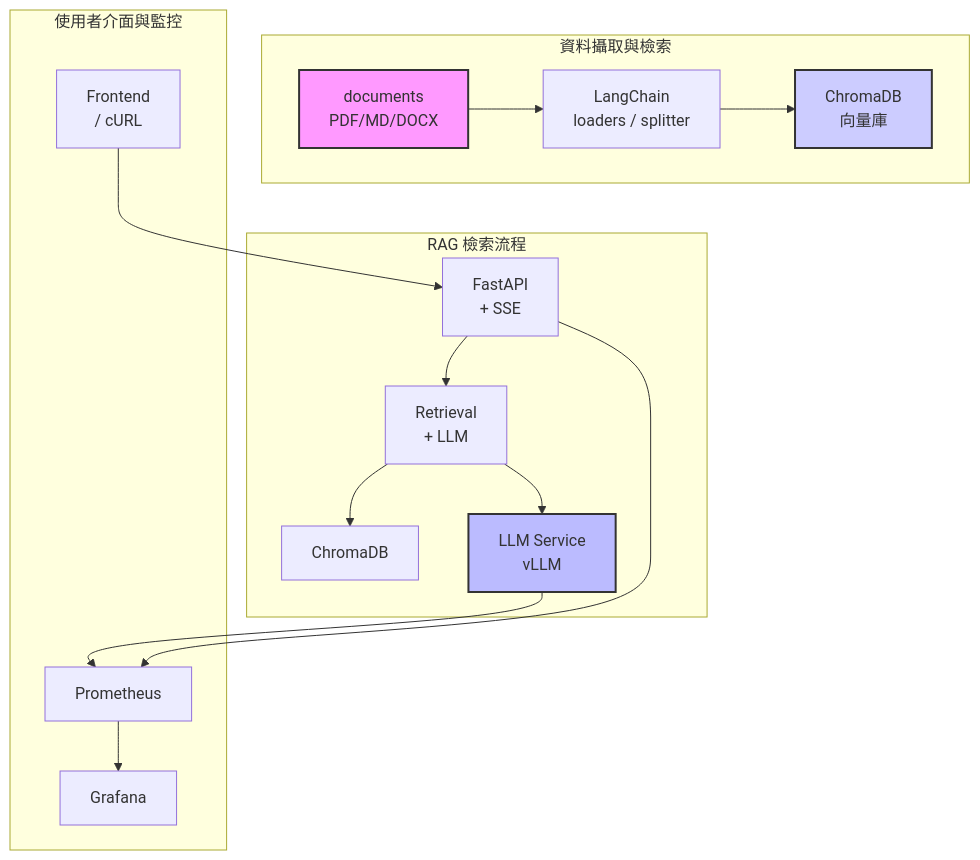
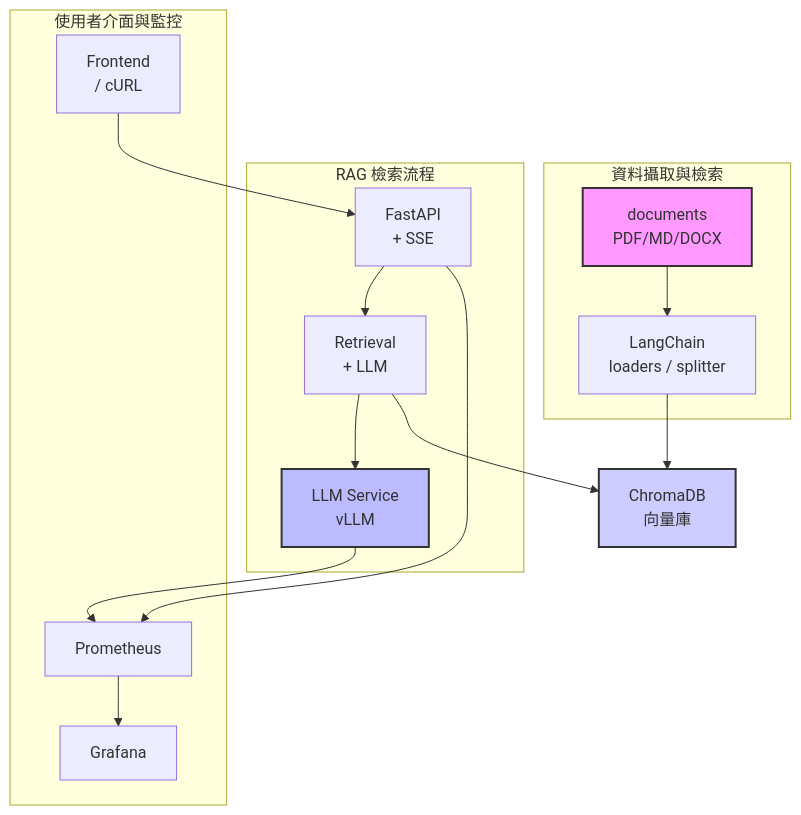
One commit to BpsEason/lexrag changed the diagram in README.md. Above: the diagram before and after it, drawn with Mermaid.

````diff
--- a/README.md
+++ b/README.md
@@ -32,24 +32,25 @@
 ```mermaid
 graph TD
     subgraph "資料攝取與檢索"
         A[documents<br>PDF/MD/DOCX] --> B[LangChain<br>loaders / splitter]
-        B --> C[ChromaDB<br>向量庫]
     end
-
+    
     subgraph "RAG 檢索流程"
         D[FastAPI<br>+ SSE] --> E[Retrieval<br>+ LLM]
-        E --> F[ChromaDB]
         E --> G[LLM Service<br>vLLM]
     end
 
     subgraph "使用者介面與監控"
         H[Frontend<br>/ cURL] --> D
         D --> I[Prometheus]
         G --> I
         I --> J[Grafana]
     end
-
+    
+    B --> C[ChromaDB<br>向量庫]
+    E --> C
+    
     style A fill:#f9f,stroke:#333,stroke-width:2px
     style C fill:#ccf,stroke:#333,stroke-width:2px
     style G fill:#bbf,stroke:#333,stroke-width:2px
 ```
````
